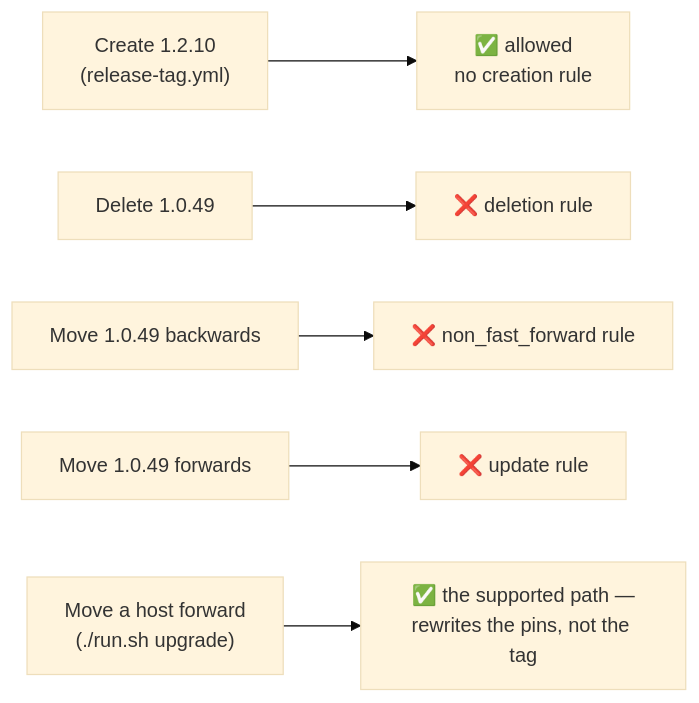
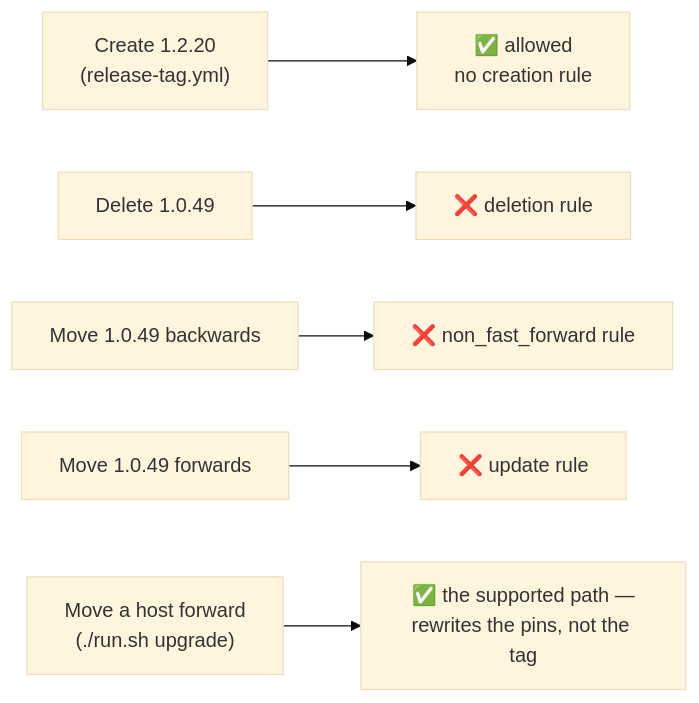
One commit to stSoftwareAU/VibeCoder changed the third of 3 diagrams in docs/RELEASE-TAGGING.md. Above: the diagram before and after it, drawn with Mermaid (base theme). The commit also changed other lines of this file and 6 other files, not shown here.

````diff
--- a/docs/RELEASE-TAGGING.md
+++ b/docs/RELEASE-TAGGING.md
@@ -245,8 +245,8 @@
 ```mermaid
 flowchart LR
-    C["Create 1.2.10<br/>(release-tag.yml)"] --> A["✅ allowed<br/>no creation rule"]
+    C["Create 1.2.20<br/>(release-tag.yml)"] --> A["✅ allowed<br/>no creation rule"]
     D["Delete 1.0.49"] --> R1["❌ deletion rule"]
     B["Move 1.0.49 backwards"] --> R2["❌ non_fast_forward rule"]
     F["Move 1.0.49 forwards"] --> R3["❌ update rule"]
     U["Move a host forward<br/>(./run.sh upgrade)"] --> A2["✅ the supported path —<br/>rewrites the pins, not the tag"]
 ```
````
